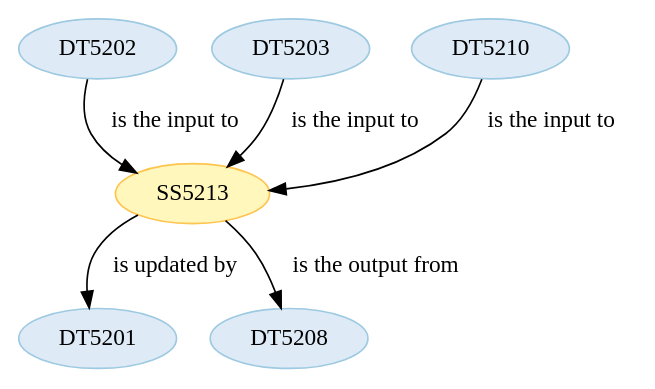
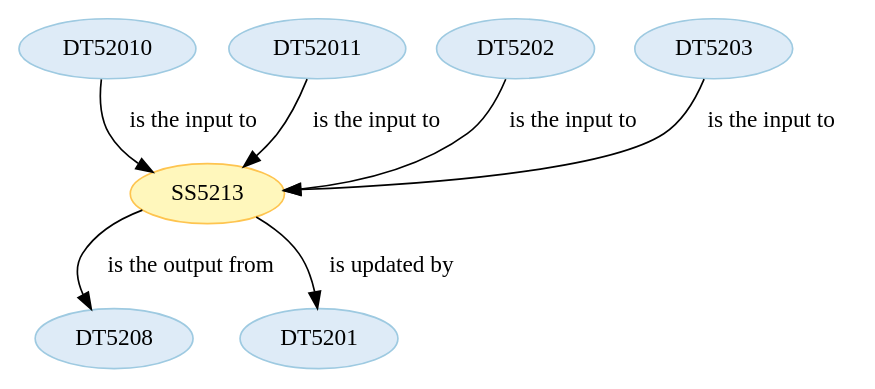
One commit to Marco-Salvi/cwl-test changed the diagram in wf5201/ST520113.dot. Above: the diagram before and after it, drawn with Graphviz. The commit also changed 28 other files, not shown here.

```diff
--- a/wf5201/ST520113.dot
+++ b/wf5201/ST520113.dot
@@ -1,26 +1,30 @@
 strict digraph {
 
+
+	"DT5208" [ color="2", colorscheme="blues3", fillcolor="1", style="filled",  weight=0 ];
 
 	"SS5213" [ color="2", colorscheme="ylorbr3", fillcolor="1", style="filled",  weight=0 ];
 
 	"SS5213" -> "DT5201" [ label="is updated by", labeltooltip="DT5201 - is updated by - SS5213",  weight=0 ];
 
 	"SS5213" -> "DT5208" [ label="is the output from", labeltooltip="DT5208 - is the output from - SS5213",  weight=0 ];
 
 	"DT5201" [ color="2", colorscheme="blues3", fillcolor="1", style="filled",  weight=0 ];
 
+	"DT52010" [ color="2", colorscheme="blues3", fillcolor="1", style="filled",  weight=0 ];
+
+	"DT52010" -> "SS5213" [ label="is the input to", labeltooltip="DT52010 - is the input to - SS5213",  weight=0 ];
+
+	"DT52011" [ color="2", colorscheme="blues3", fillcolor="1", style="filled",  weight=0 ];
+
+	"DT52011" -> "SS5213" [ label="is the input to", labeltooltip="DT52011 - is the input to - SS5213",  weight=0 ];
+
 	"DT5202" [ color="2", colorscheme="blues3", fillcolor="1", style="filled",  weight=0 ];
 
 	"DT5202" -> "SS5213" [ label="is the input to", labeltooltip="DT5202 - is the input to - SS5213",  weight=0 ];
 
 	"DT5203" [ color="2", colorscheme="blues3", fillcolor="1", style="filled",  weight=0 ];
 
 	"DT5203" -> "SS5213" [ label="is the input to", labeltooltip="DT5203 - is the input to - SS5213",  weight=0 ];
 
-	"DT5208" [ color="2", colorscheme="blues3", fillcolor="1", style="filled",  weight=0 ];
-
-	"DT5210" [ color="2", colorscheme="blues3", fillcolor="1", style="filled",  weight=0 ];
-
-	"DT5210" -> "SS5213" [ label="is the input to", labeltooltip="DT5210 - is the input to - SS5213",  weight=0 ];
-
 }
```
